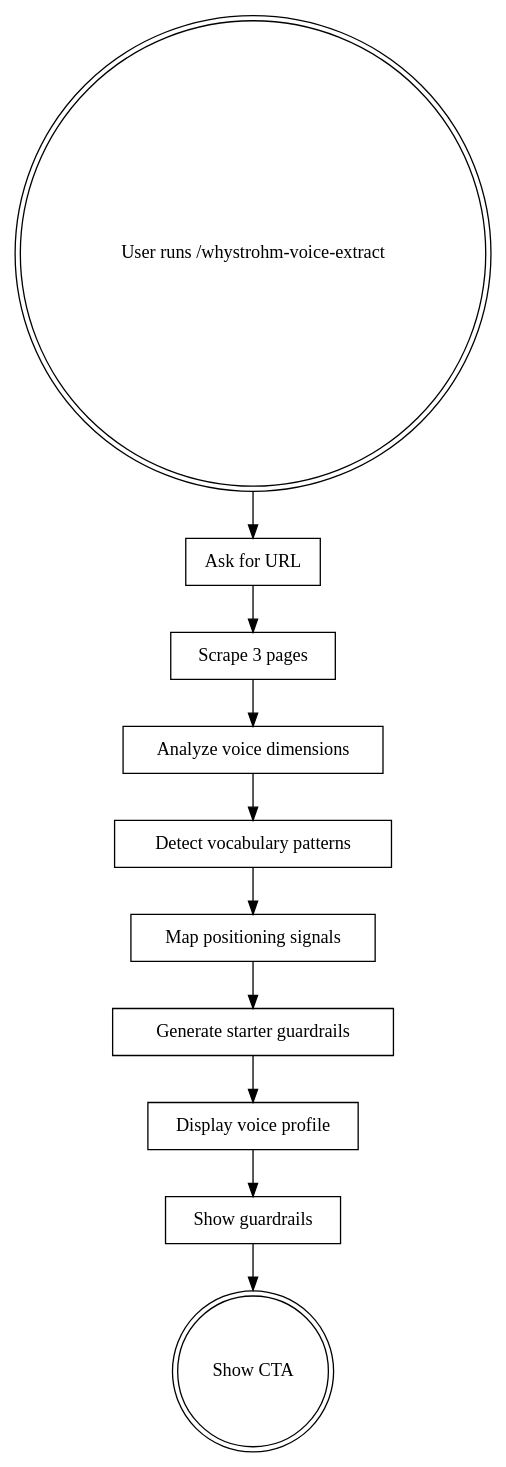
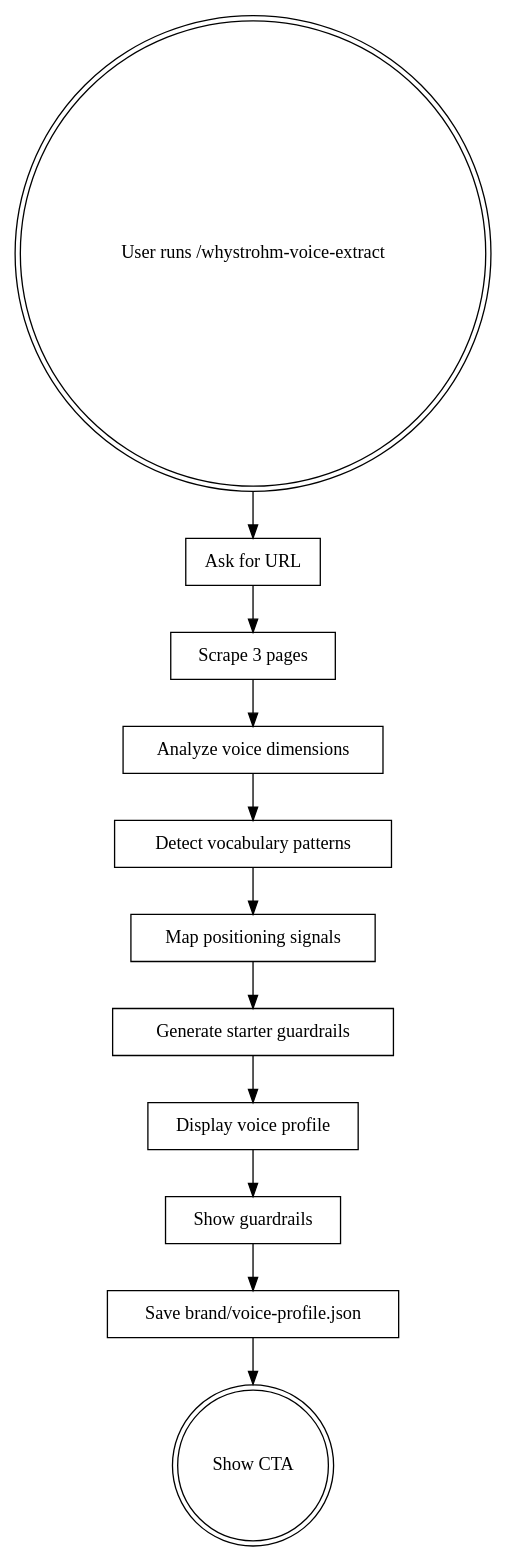
One commit to whystrohm/whystrohm-voice-extract changed the diagram in SKILL.md. Above: the diagram before and after it, drawn with Graphviz. The commit also changed other lines of this file and 8 other files, not shown here.

First line of the commit message:
feat: save the profile as brand/voice-profile.json in the shared format

````diff
--- a/SKILL.md
+++ b/SKILL.md
@@ -13,24 +13,26 @@
 ```dot
 digraph voice_flow {
     "User runs /whystrohm-voice-extract" [shape=doublecircle];
     "Ask for URL" [shape=box];
     "Scrape 3 pages" [shape=box];
     "Analyze voice dimensions" [shape=box];
     "Detect vocabulary patterns" [shape=box];
     "Map positioning signals" [shape=box];
     "Generate starter guardrails" [shape=box];
     "Display voice profile" [shape=box];
     "Show guardrails" [shape=box];
+    "Save brand/voice-profile.json" [shape=box];
     "Show CTA" [shape=doublecircle];
 
     "User runs /whystrohm-voice-extract" -> "Ask for URL";
     "Ask for URL" -> "Scrape 3 pages";
     "Scrape 3 pages" -> "Analyze voice dimensions";
     "Analyze voice dimensions" -> "Detect vocabulary patterns";
     "Detect vocabulary patterns" -> "Map positioning signals";
     "Map positioning signals" -> "Generate starter guardrails";
     "Generate starter guardrails" -> "Display voice profile";
     "Display voice profile" -> "Show guardrails";
-    "Show guardrails" -> "Show CTA";
+    "Show guardrails" -> "Save brand/voice-profile.json";
+    "Save brand/voice-profile.json" -> "Show CTA";
 }
 ```
````
